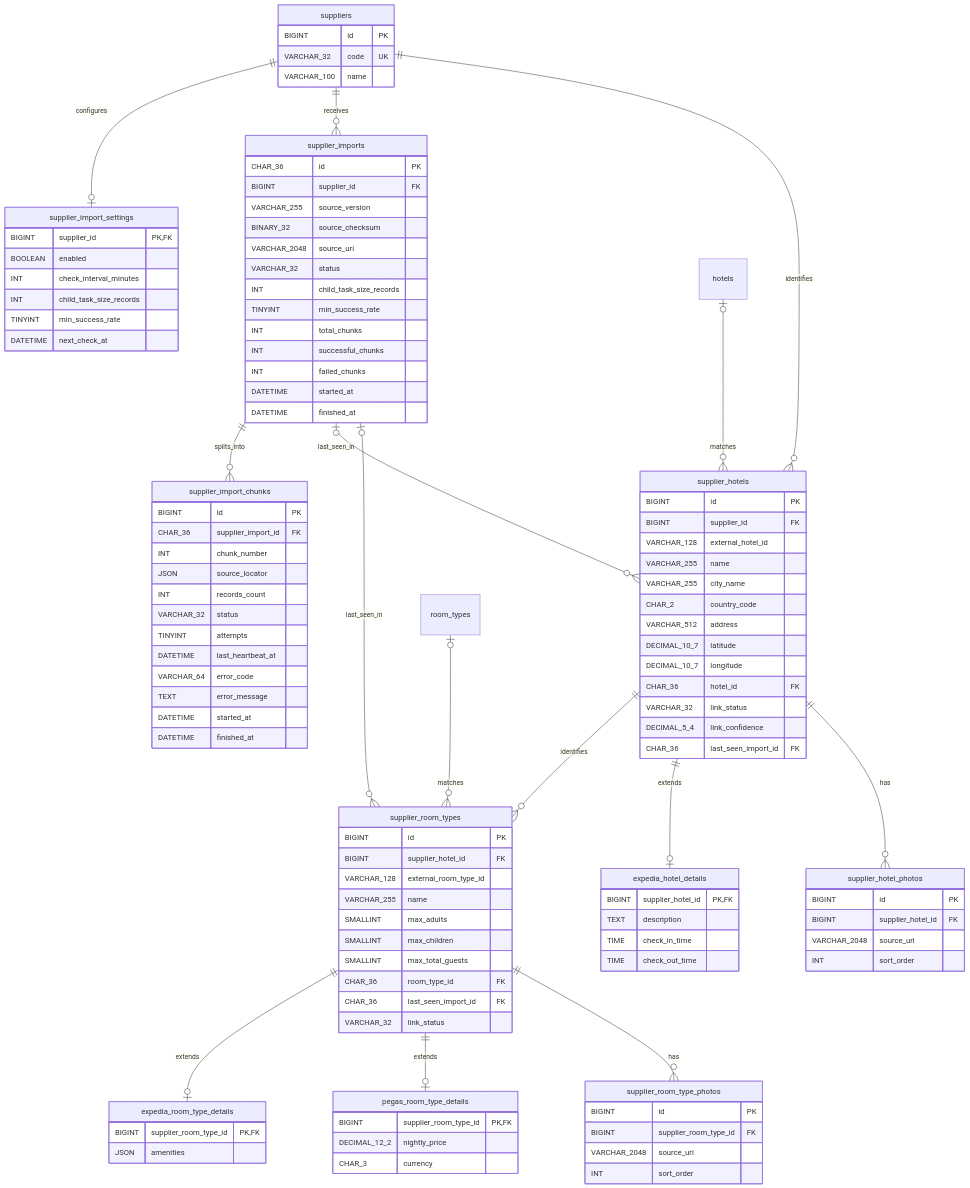
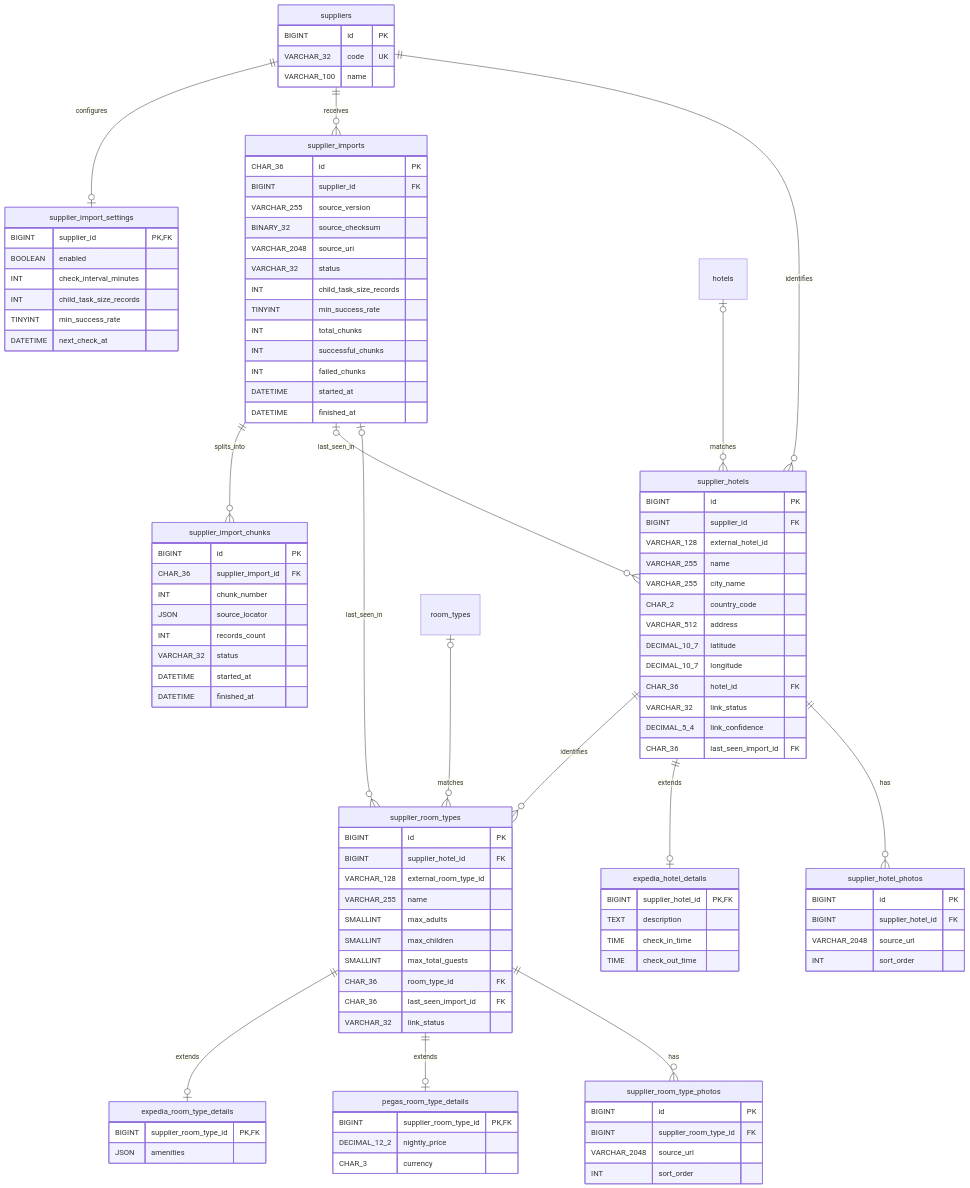
Before and after one commit to AlexBolotow/trivio-tech-task: the diagram in openspec/changes/import-supplier-feeds/design.md, drawn with Mermaid. The commit also changed other lines of this file and 9 other files, not shown here.

```diff
--- a/openspec/changes/import-supplier-feeds/design.md
+++ b/openspec/changes/import-supplier-feeds/design.md
@@ -107,10 +104,6 @@
         JSON source_locator
         INT records_count
         VARCHAR_32 status
-        TINYINT attempts
-        DATETIME last_heartbeat_at
-        VARCHAR_64 error_code
-        TEXT error_message
         DATETIME started_at
         DATETIME finished_at
     }
```
